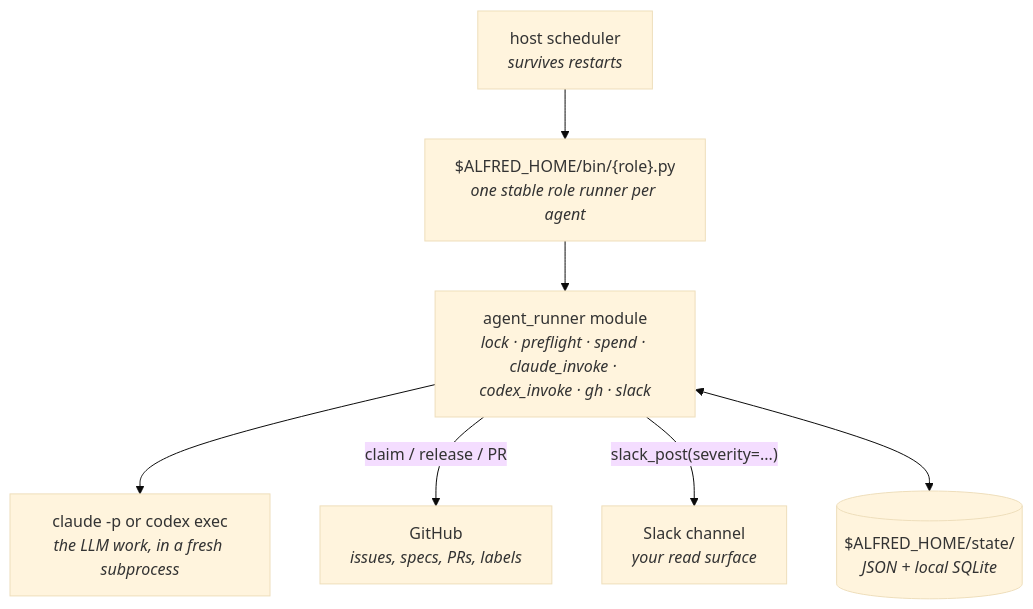
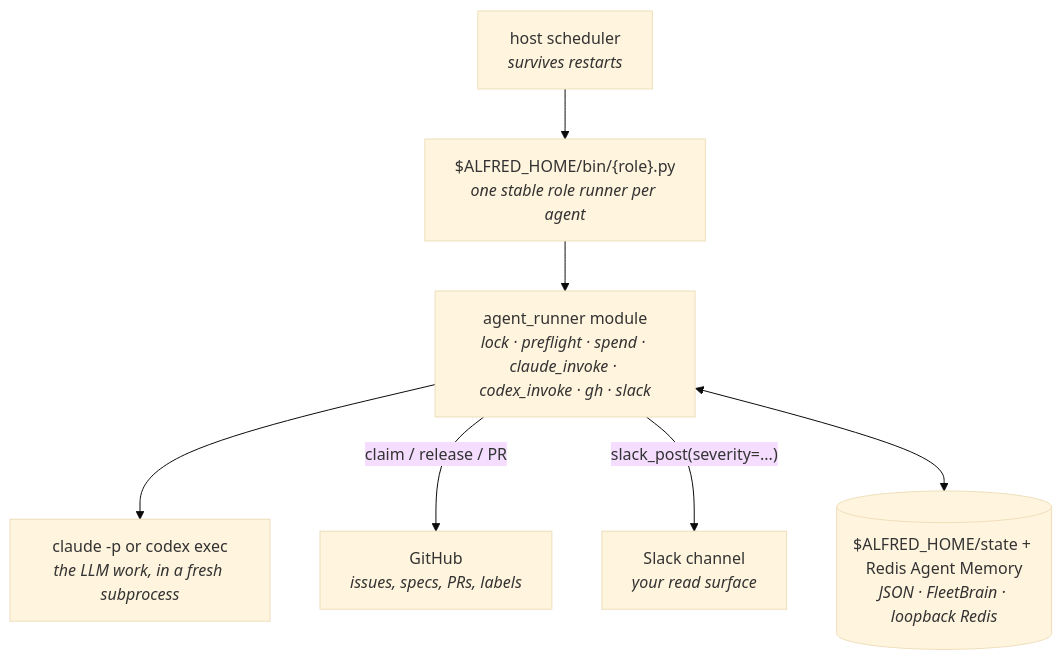
Before and after one commit to luminik-io/alfred-os: the diagram in site/src/content/docs/docs.mdx, drawn with Mermaid (base theme). The commit also changed other lines of this file and 35 other files, not shown here.

First line of the commit message:
Make Redis Agent Memory the default

````diff
--- a/site/src/content/docs/docs.mdx
+++ b/site/src/content/docs/docs.mdx
@@ -43,15 +43,15 @@
 ```mermaid
 flowchart TB
     scheduler["host scheduler<br/><i>survives restarts</i>"]
     role["$ALFRED_HOME/bin/{role}.py<br/><i>one stable role runner per agent</i>"]
     runner["agent_runner module<br/><i>lock · preflight · spend · claude_invoke · codex_invoke · gh · slack</i>"]
     engine["claude -p or codex exec<br/><i>the LLM work, in a fresh subprocess</i>"]
     gh["GitHub<br/><i>issues, specs, PRs, labels</i>"]
     slack["Slack channel<br/><i>your read surface</i>"]
-    state[("$ALFRED_HOME/state/<br/><i>JSON + local SQLite</i>")]
+    state[("$ALFRED_HOME/state + Redis Agent Memory<br/><i>JSON · FleetBrain · loopback Redis</i>")]
 
     scheduler --> role --> runner --> engine
     runner -- "claim / release / PR" --> gh
     runner -- "slack_post(severity=...)" --> slack
     runner <--> state
 ```
````
